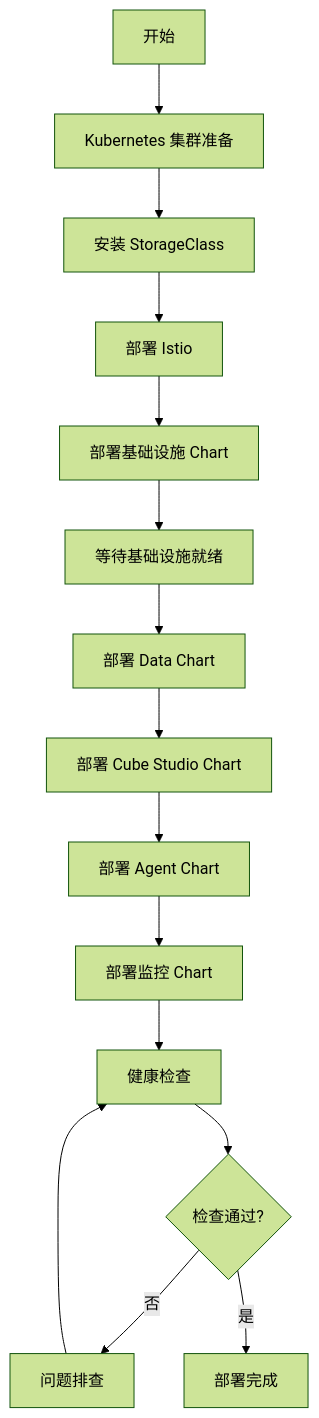
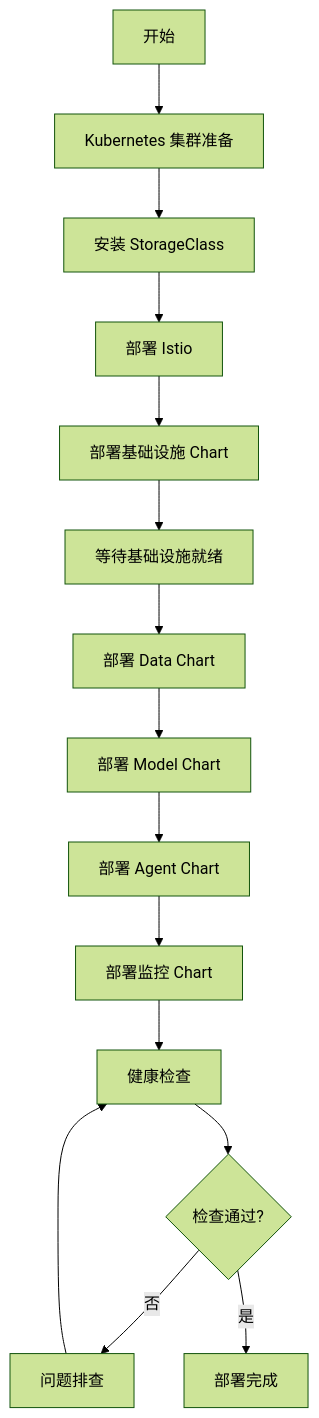
Before and after one commit to iannil/one-data-studio: the diagram in docs/02-integration/deployment-architecture.md, drawn with Mermaid (forest theme). The commit also changed other lines of this file and 109 other files, not shown here.

````diff
--- a/docs/02-integration/deployment-architecture.md
+++ b/docs/02-integration/deployment-architecture.md
@@ -662,17 +662,17 @@
 ```mermaid
 graph TD
     A[开始] --> B[Kubernetes 集群准备]
     B --> C[安装 StorageClass]
     C --> D[部署 Istio]
     D --> E[部署基础设施 Chart]
     E --> F[等待基础设施就绪]
     F --> G[部署 Data Chart]
-    G --> H[部署 Cube Studio Chart]
+    G --> H[部署 Model Chart]
     H --> I[部署 Agent Chart]
     I --> J[部署监控 Chart]
     J --> K[健康检查]
     K --> L{检查通过?}
     L -->|否| M[问题排查]
     M --> K
     L -->|是| N[部署完成]
 ```
````
